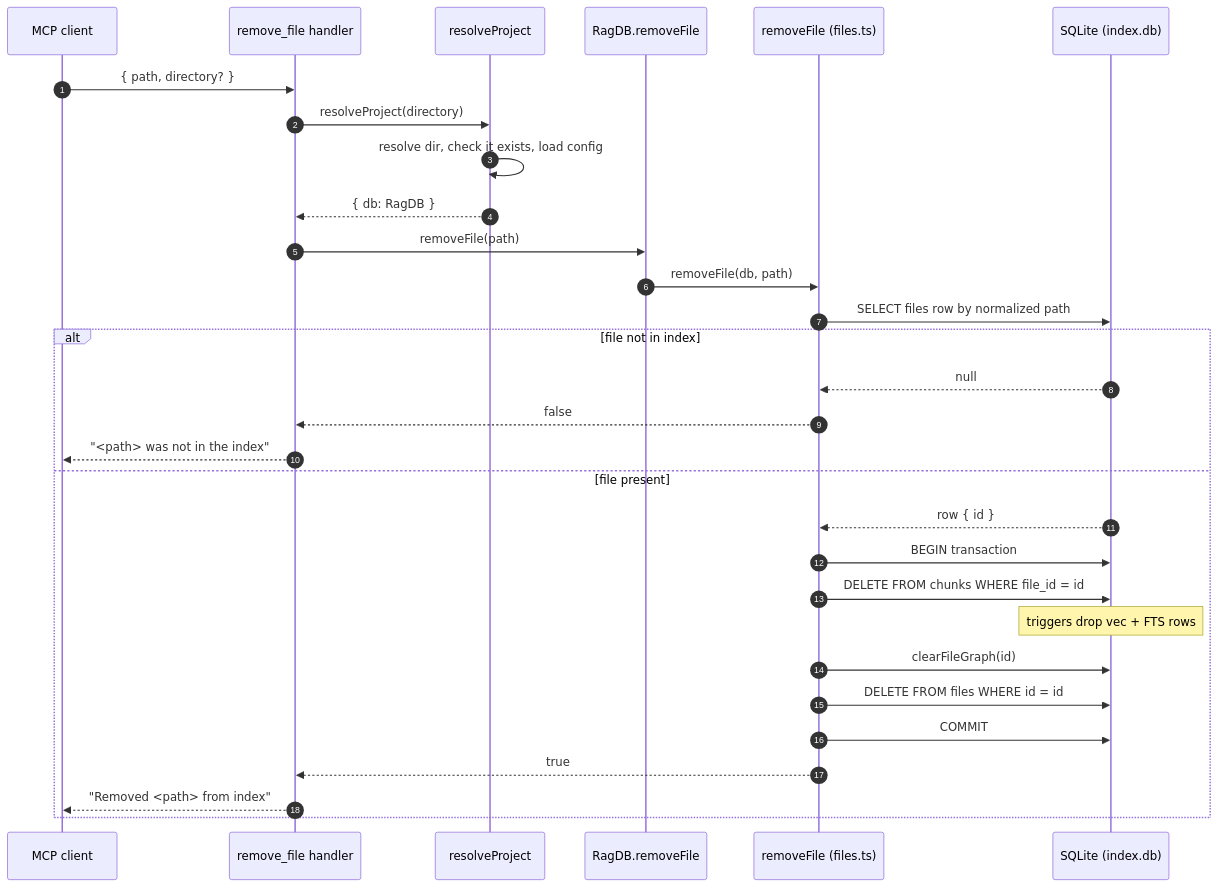
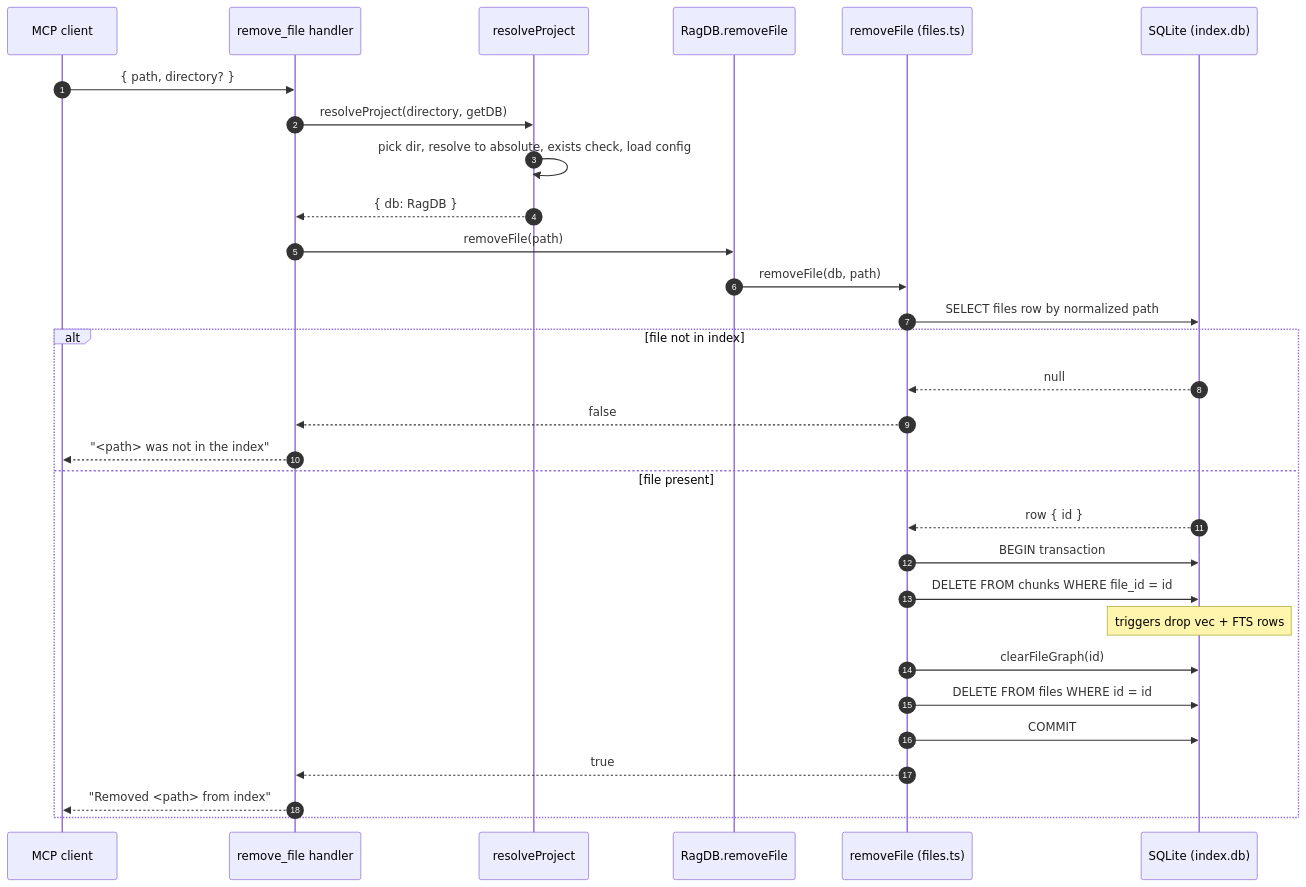
One commit to TheWinci/mimirs changed the diagram in wiki/tools/remove-file.md. Above: the diagram before and after it, drawn with Mermaid. The commit also changed other lines of this file and 55 other files, not shown here.

````diff
--- a/wiki/tools/remove-file.md
+++ b/wiki/tools/remove-file.md
@@ -9,33 +9,33 @@
 ```mermaid
 sequenceDiagram
     autonumber
     participant Caller as MCP client
     participant Tool as remove_file handler
     participant Resolve as resolveProject
     participant RagDB as RagDB.removeFile
     participant Store as removeFile (files.ts)
     participant DB as SQLite (index.db)
 
     Caller->>Tool: { path, directory? }
-    Tool->>Resolve: resolveProject(directory)
-    Resolve->>Resolve: resolve dir, check it exists, load config
+    Tool->>Resolve: resolveProject(directory, getDB)
+    Resolve->>Resolve: pick dir, resolve to absolute, exists check, load config
     Resolve-->>Tool: { db: RagDB }
     Tool->>RagDB: removeFile(path)
     RagDB->>Store: removeFile(db, path)
     Store->>DB: SELECT files row by normalized path
     alt file not in index
         DB-->>Store: null
         Store-->>Tool: false
         Tool-->>Caller: "<path> was not in the index"
     else file present
         DB-->>Store: row { id }
         Store->>DB: BEGIN transaction
         Store->>DB: DELETE FROM chunks WHERE file_id = id
         Note over DB: triggers drop vec + FTS rows
         Store->>DB: clearFileGraph(id)
         Store->>DB: DELETE FROM files WHERE id = id
         Store->>DB: COMMIT
         Store-->>Tool: true
         Tool-->>Caller: "Removed <path> from index"
     end
 ```
````
